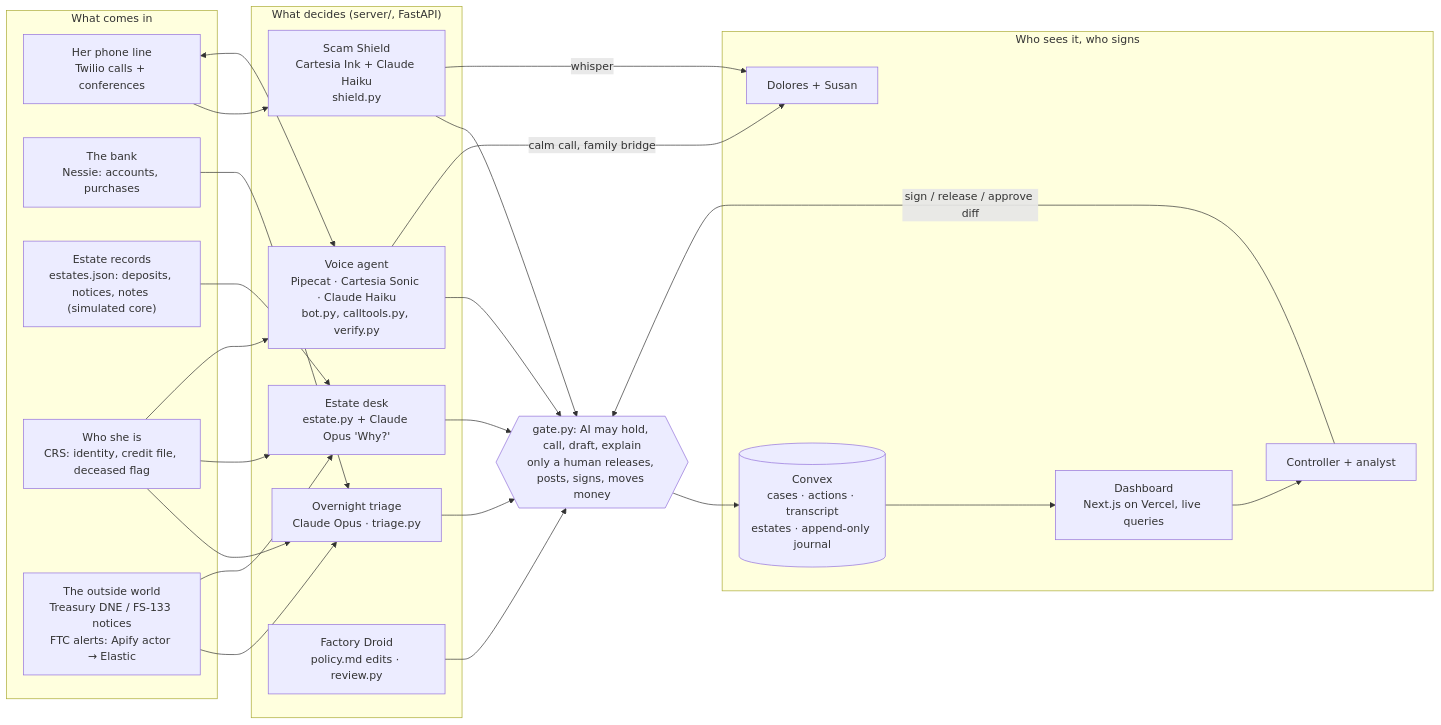
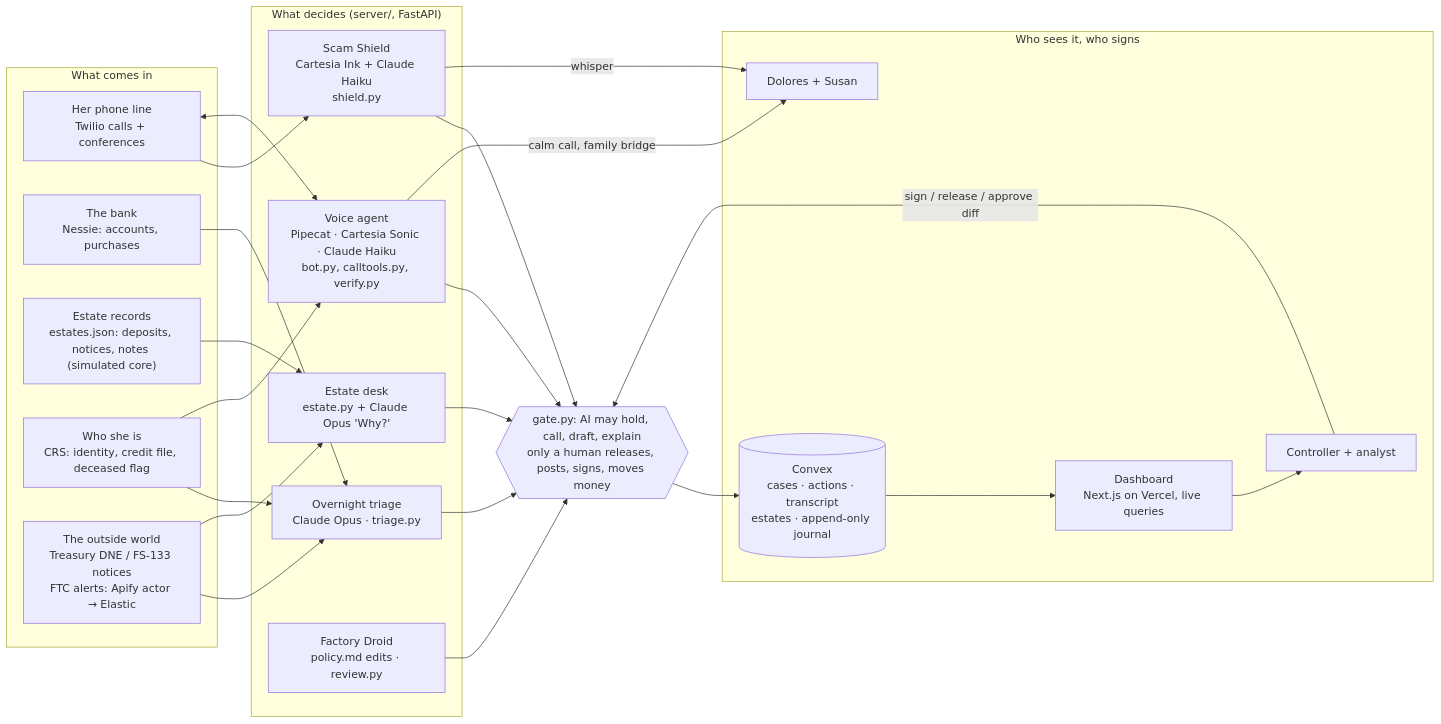
One commit to UgaTheDev/second-signature changed the diagram in docs/ARCHITECTURE.md. Above: the diagram before and after it, drawn with Mermaid.

Commit message:
Architecture: the estate desk's CRS flag is simulated data
Claude-Session: https://claude.ai/code/session_01SezkNjwoEd1yNJB34e6Rn2

````diff
--- a/docs/ARCHITECTURE.md
+++ b/docs/ARCHITECTURE.md
@@ -3,48 +3,47 @@
 ```mermaid
 flowchart LR
   subgraph In["What comes in"]
     Phone["Her phone line<br/>Twilio calls + conferences"]
     Nessie["The bank<br/>Nessie: accounts, purchases"]
     Ledger["Estate records<br/>estates.json: deposits, notices, notes (simulated core)"]
     CRS["Who she is<br/>CRS: identity, credit file, deceased flag"]
     World["The outside world<br/>Treasury DNE / FS-133 notices<br/>FTC alerts: Apify actor → Elastic"]
   end
 
   subgraph Decide["What decides (server/, FastAPI)"]
     Shield["Scam Shield<br/>Cartesia Ink + Claude Haiku<br/>shield.py"]
     Estate["Estate desk<br/>estate.py + Claude Opus 'Why?'"]
     Triage["Overnight triage<br/>Claude Opus · triage.py"]
     Voice["Voice agent<br/>Pipecat · Cartesia Sonic · Claude Haiku<br/>bot.py, calltools.py, verify.py"]
     Droid["Factory Droid<br/>policy.md edits · review.py"]
   end
 
   Gate{{"gate.py: AI may hold, call, draft, explain<br/>only a human releases, posts, signs, moves money"}}
 
   subgraph Out["Who sees it, who signs"]
     Convex[("Convex<br/>cases · actions · transcript<br/>estates · append-only journal")]
     Dash["Dashboard<br/>Next.js on Vercel, live queries"]
     Human["Controller + analyst"]
     People["Dolores + Susan"]
   end
 
   Phone --> Shield
   Phone <--> Voice
   Nessie --> Triage
   Ledger --> Estate
   CRS --> Triage
-  CRS --> Estate
   CRS --> Voice
   World --> Triage
   World --> Estate
   Shield --> Gate
   Triage --> Gate
   Estate --> Gate
   Voice --> Gate
   Droid --> Gate
   Gate --> Convex
   Convex --> Dash
   Dash --> Human
   Human -- "sign / release / approve diff" --> Gate
   Shield -- "whisper" --> People
   Voice -- "calm call, family bridge" --> People
 ```
````
